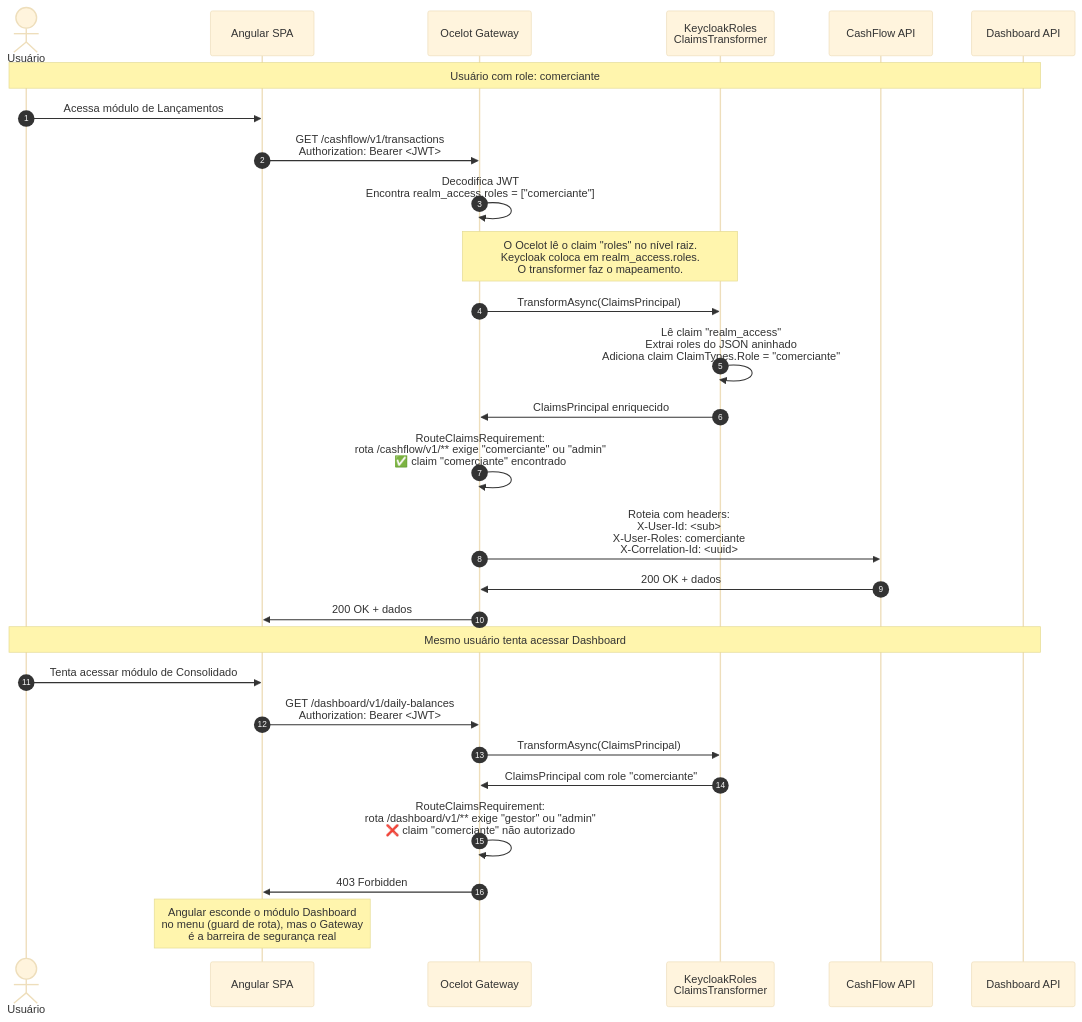
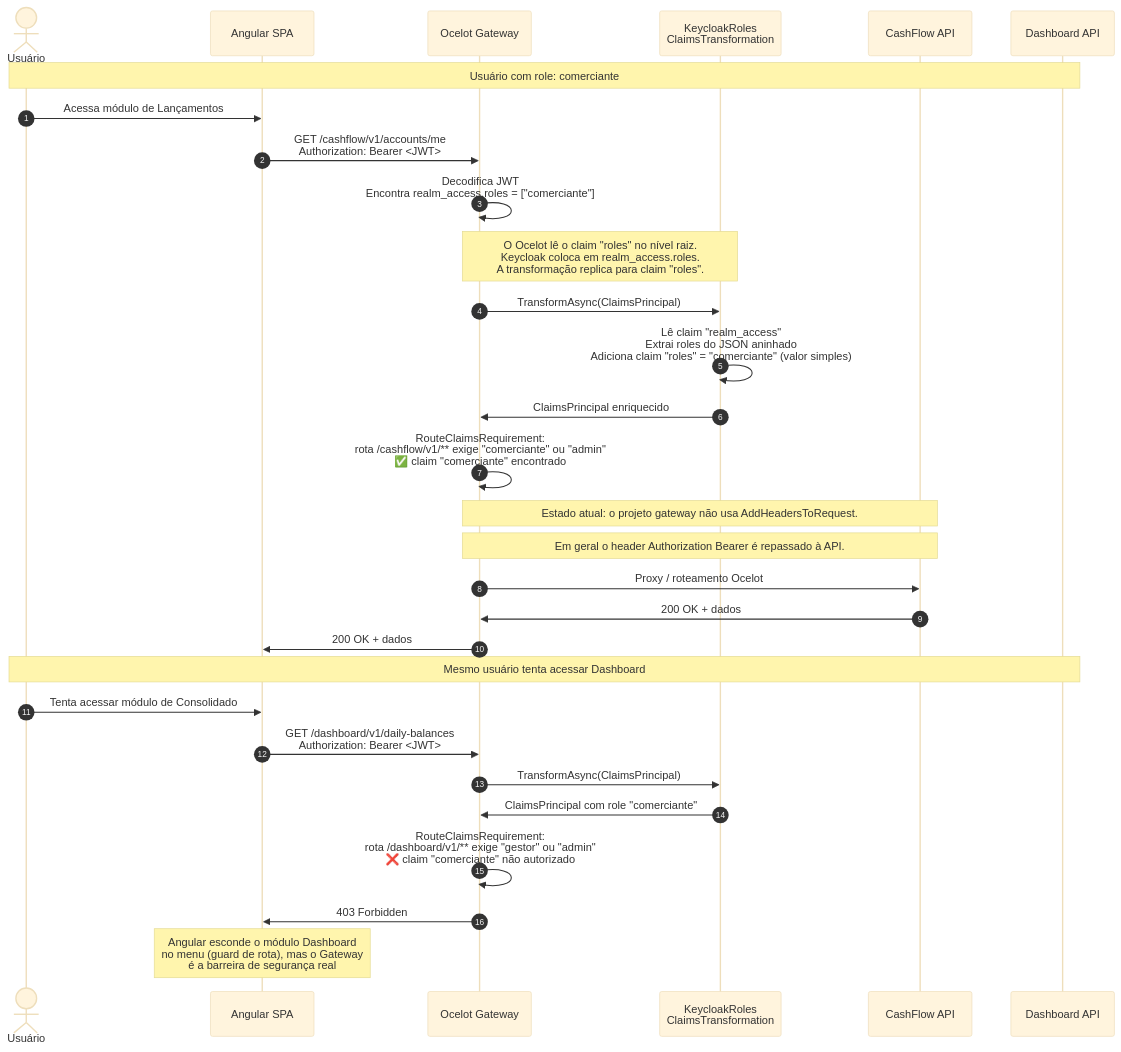
Before and after one commit to filipececcon/arch-challenge: the diagram in docs/security/diagrams/authz-rbac-flow.mmd, drawn with Mermaid (base theme). The commit also changed 38 other files, not shown here.

First line of the commit message:
Refactor Cashflow architecture docs for account aggregate and unified outbox

```diff
--- a/docs/security/diagrams/authz-rbac-flow.mmd
+++ b/docs/security/diagrams/authz-rbac-flow.mmd
@@ -1,41 +1,43 @@
 sequenceDiagram
     autonumber
 
     actor U as Usuário
     participant A as Angular SPA
     participant G as Ocelot Gateway
-    participant T as KeycloakRoles<br/>ClaimsTransformer
+    participant T as KeycloakRoles<br/>ClaimsTransformation
     participant C as CashFlow API
     participant D as Dashboard API
 
     Note over U,D: Usuário com role: comerciante
 
     U->>A: Acessa módulo de Lançamentos
-    A->>G: GET /cashflow/v1/transactions<br/>Authorization: Bearer <JWT>
+    A->>G: GET /cashflow/v1/accounts/me<br/>Authorization: Bearer <JWT>
 
     G->>G: Decodifica JWT<br/>Encontra realm_access.roles = ["comerciante"]
 
-    Note over G,T: O Ocelot lê o claim "roles" no nível raiz.<br/>Keycloak coloca em realm_access.roles.<br/>O transformer faz o mapeamento.
+    Note over G,T: O Ocelot lê o claim "roles" no nível raiz.<br/>Keycloak coloca em realm_access.roles.<br/>A transformação replica para claim "roles".
 
     G->>T: TransformAsync(ClaimsPrincipal)
-    T->>T: Lê claim "realm_access"<br/>Extrai roles do JSON aninhado<br/>Adiciona claim ClaimTypes.Role = "comerciante"
+    T->>T: Lê claim "realm_access"<br/>Extrai roles do JSON aninhado<br/>Adiciona claim "roles" = "comerciante" (valor simples)
     T->>G: ClaimsPrincipal enriquecido
 
     G->>G: RouteClaimsRequirement:<br/>rota /cashflow/v1/** exige "comerciante" ou "admin"<br/>✅ claim "comerciante" encontrado
 
-    G->>C: Roteia com headers:<br/>X-User-Id: <sub><br/>X-User-Roles: comerciante<br/>X-Correlation-Id: <uuid>
+    Note over G,C: Estado atual: o projeto gateway não usa AddHeadersToRequest.
+    Note over G,C: Em geral o header Authorization Bearer é repassado à API.
+    G->>C: Proxy / roteamento Ocelot
     C->>G: 200 OK + dados
     G->>A: 200 OK + dados
 
     Note over U,D: Mesmo usuário tenta acessar Dashboard
 
     U->>A: Tenta acessar módulo de Consolidado
     A->>G: GET /dashboard/v1/daily-balances<br/>Authorization: Bearer <JWT>
 
     G->>T: TransformAsync(ClaimsPrincipal)
     T->>G: ClaimsPrincipal com role "comerciante"
 
     G->>G: RouteClaimsRequirement:<br/>rota /dashboard/v1/** exige "gestor" ou "admin"<br/>❌ claim "comerciante" não autorizado
 
     G->>A: 403 Forbidden
     Note over A: Angular esconde o módulo Dashboard<br/>no menu (guard de rota), mas o Gateway<br/>é a barreira de segurança real
```
